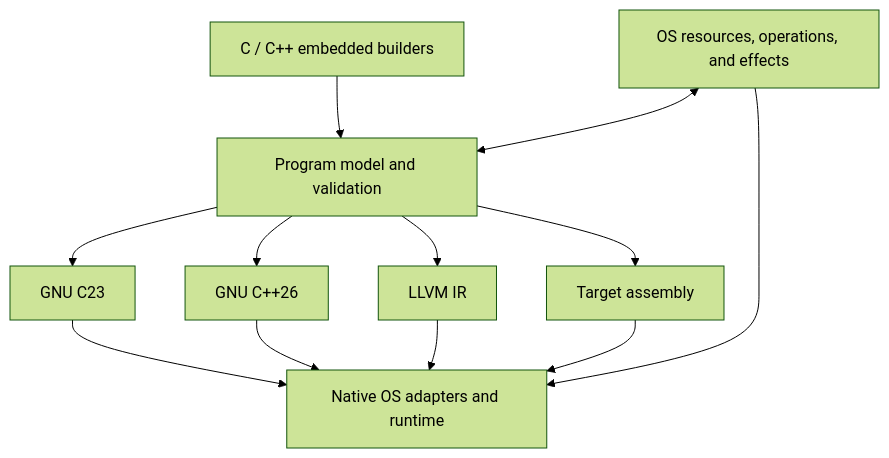
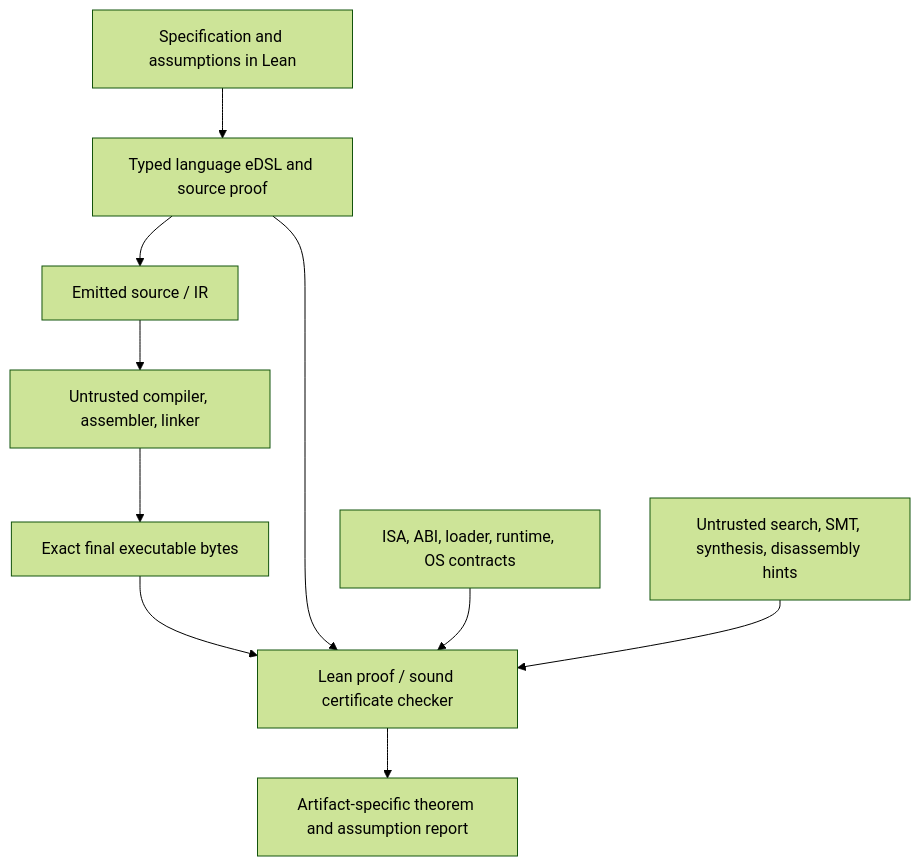
Before and after one commit to Irvinwop/eDSL: the diagram in docs/architecture.md, drawn with Mermaid (forest theme). The commit also changed other lines of this file and 27 other files, not shown here.

````diff
--- a/docs/architecture.md
+++ b/docs/architecture.md
@@ -26,14 +18,12 @@
 ```mermaid
 flowchart TD
-    H[C / C++ embedded builders] --> P[Program model and validation]
-    O[OS resources, operations, and effects] <--> P
-    P --> C[GNU C23]
-    P --> CPP[GNU C++26]
-    P --> L[LLVM IR]
-    P --> A[Target assembly]
-    O --> R[Native OS adapters and runtime]
-    C --> R
-    CPP --> R
-    L --> R
-    A --> R
+    Q[Specification and assumptions in Lean] --> S[Typed language eDSL and source proof]
+    S --> E[Emitted source / IR]
+    E --> C[Untrusted compiler, assembler, linker]
+    C --> B[Exact final executable bytes]
+    B --> V[Lean proof / sound certificate checker]
+    S --> V
+    P[ISA, ABI, loader, runtime, OS contracts] --> V
+    V --> T[Artifact-specific theorem and assumption report]
+    U[Untrusted search, SMT, synthesis, disassembly hints] --> V
 ```
````
